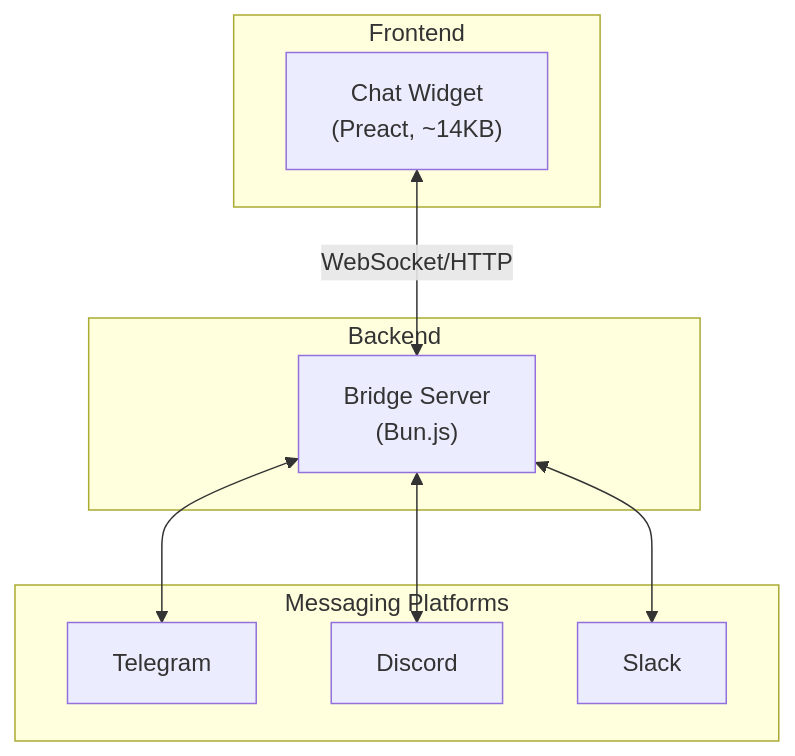
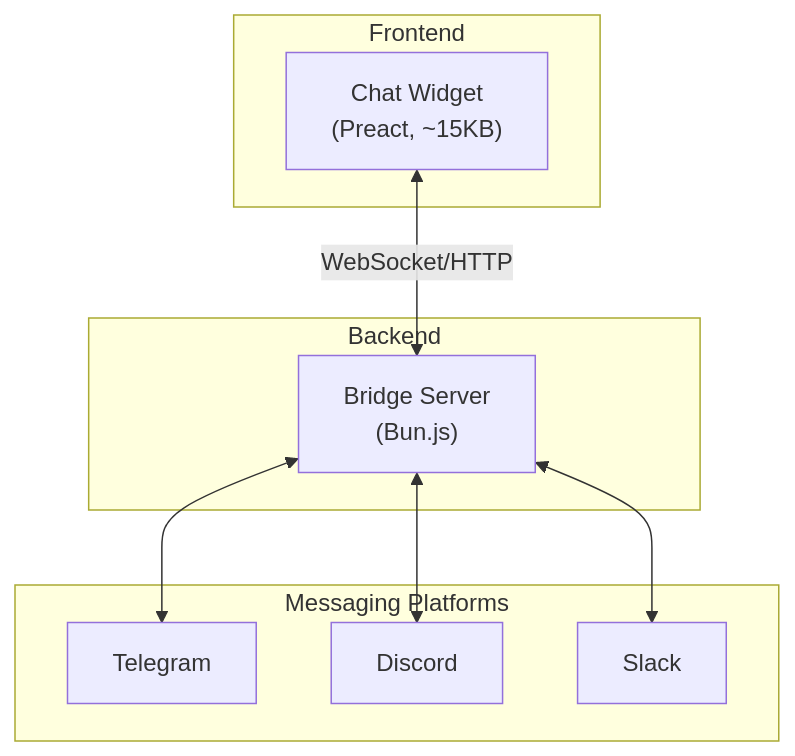
One commit to Ruwad-io/pocketping changed the fourth of 4 diagrams in docs-site/docs/intro.md. Above: the diagram before and after it, drawn with Mermaid. The commit also changed other lines of this file and 2 other files, not shown here.

Commit message:
docs: Update widget size to ~15KB (accurate measurement)

````diff
--- a/docs-site/docs/intro.md
+++ b/docs-site/docs/intro.md
@@ -152,21 +152,21 @@
 ```mermaid
 flowchart TB
     subgraph frontend["Frontend"]
-        widget["Chat Widget<br/>(Preact, ~14KB)"]
+        widget["Chat Widget<br/>(Preact, ~15KB)"]
     end
 
     subgraph backend["Backend"]
         bridge["Bridge Server<br/>(Bun.js)"]
     end
 
     subgraph platforms["Messaging Platforms"]
         tg["Telegram"]
         dc["Discord"]
         sl["Slack"]
     end
 
     widget <-->|WebSocket/HTTP| bridge
     bridge <--> tg
     bridge <--> dc
     bridge <--> sl
 ```
````
